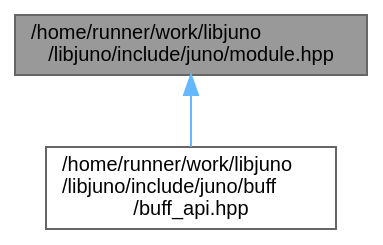
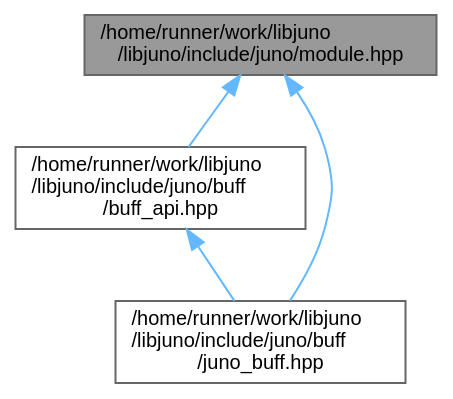
One commit to robinonsay/libjuno changed the diagram in module_8hpp__dep__incl.dot. Above: the diagram before and after it, drawn with Graphviz. The commit also changed 110 other files, not shown here.

```diff
--- a/module_8hpp__dep__incl.dot
+++ b/module_8hpp__dep__incl.dot
@@ -1,10 +1,13 @@
 digraph "/home/runner/work/libjuno/libjuno/include/juno/module.hpp"
 {
  // LATEX_PDF_SIZE
   bgcolor="transparent";
   edge [fontname=Helvetica,fontsize=10,labelfontname=Helvetica,labelfontsize=10];
   node [fontname=Helvetica,fontsize=10,shape=box,height=0.2,width=0.4];
   Node1 [id="Node000001",label="/home/runner/work/libjuno\l/libjuno/include/juno/module.hpp",height=0.2,width=0.4,color="gray40", fillcolor="grey60", style="filled", fontcolor="black",tooltip=" "];
   Node1 -> Node2 [id="edge1_Node000001_Node000002",dir="back",color="steelblue1",style="solid",tooltip=" "];
   Node2 [id="Node000002",label="/home/runner/work/libjuno\l/libjuno/include/juno/buff\l/buff_api.hpp",height=0.2,width=0.4,color="grey40", fillcolor="white", style="filled",URL="$buff__api_8hpp.html",tooltip=" "];
+  Node2 -> Node3 [id="edge2_Node000002_Node000003",dir="back",color="steelblue1",style="solid",tooltip=" "];
+  Node3 [id="Node000003",label="/home/runner/work/libjuno\l/libjuno/include/juno/buff\l/juno_buff.hpp",height=0.2,width=0.4,color="grey40", fillcolor="white", style="filled",URL="$juno__buff_8hpp.html",tooltip=" "];
+  Node1 -> Node3 [id="edge3_Node000001_Node000003",dir="back",color="steelblue1",style="solid",tooltip=" "];
 }
```
